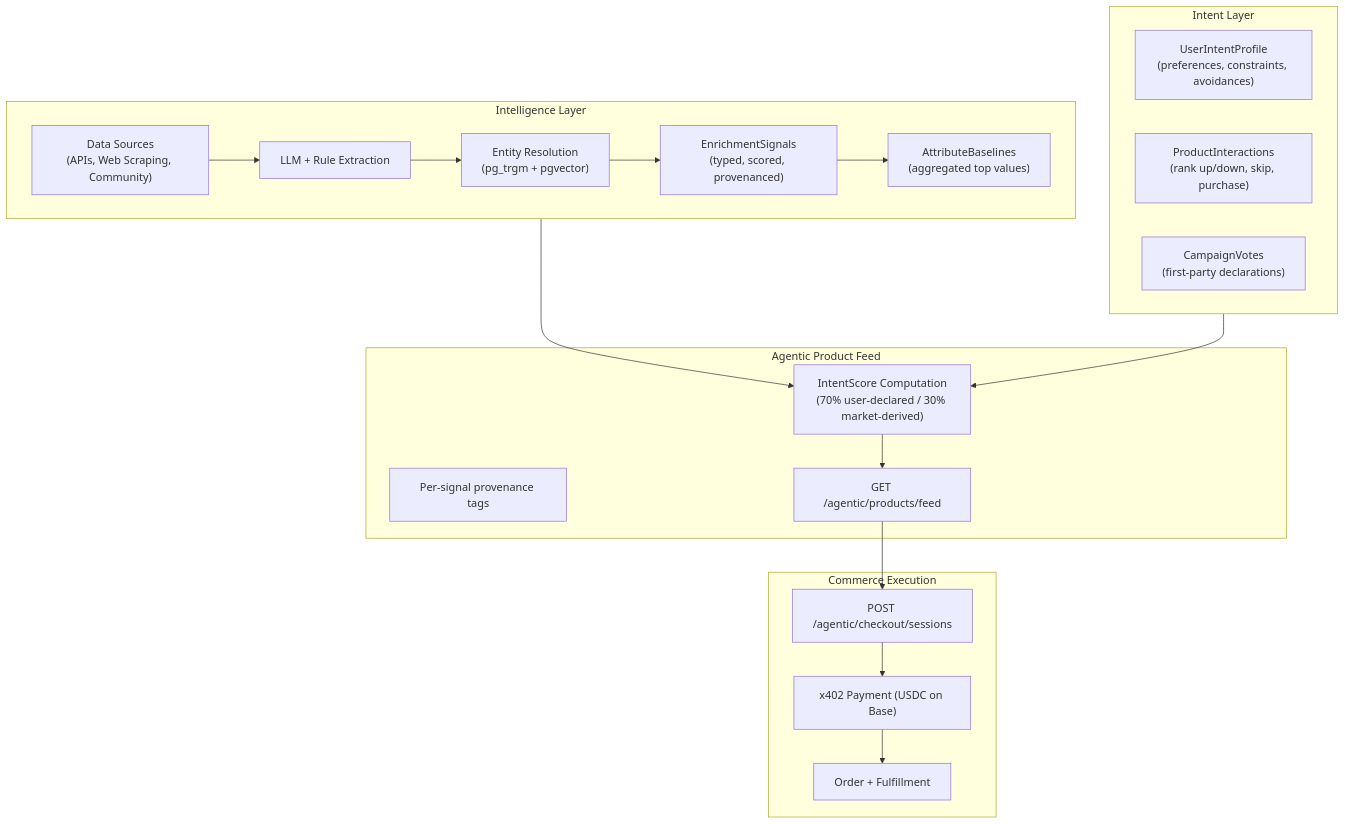
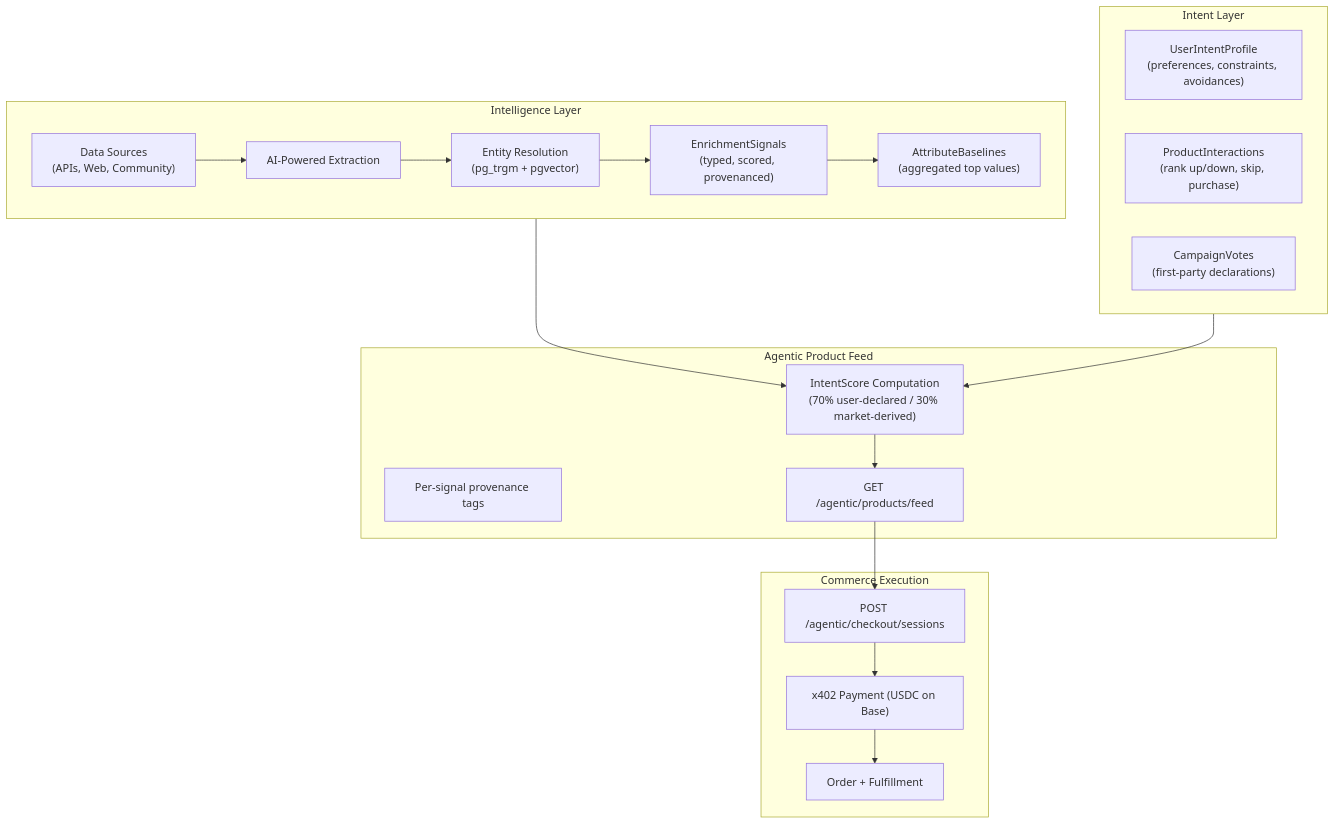
One commit to kiki-world-01/Docs changed the diagram in agentic/overview.mdx. Above: the diagram before and after it, drawn with Mermaid. The commit also changed other lines of this file and 25 other files, not shown here.

````diff
--- a/agentic/overview.mdx
+++ b/agentic/overview.mdx
@@ -20,34 +20,34 @@
 ```mermaid
 graph TB
     subgraph intelligence ["Intelligence Layer"]
-        Sources["Data Sources<br/>(APIs, Web Scraping, Community)"]
-        Extract["LLM + Rule Extraction"]
+        Sources["Data Sources<br/>(APIs, Web, Community)"]
+        Extract["AI-Powered Extraction"]
         Resolve["Entity Resolution<br/>(pg_trgm + pgvector)"]
         Signals["EnrichmentSignals<br/>(typed, scored, provenanced)"]
         Baselines["AttributeBaselines<br/>(aggregated top values)"]
         Sources --> Extract --> Resolve --> Signals --> Baselines
     end
 
     subgraph intent ["Intent Layer"]
         Profile["UserIntentProfile<br/>(preferences, constraints, avoidances)"]
         Interactions["ProductInteractions<br/>(rank up/down, skip, purchase)"]
         Campaigns["CampaignVotes<br/>(first-party declarations)"]
     end
 
     subgraph feed ["Agentic Product Feed"]
         Score["IntentScore Computation<br/>(70% user-declared / 30% market-derived)"]
         Provenance["Per-signal provenance tags"]
         Feed["GET /agentic/products/feed"]
     end
 
     subgraph commerce ["Commerce Execution"]
         Checkout["POST /agentic/checkout/sessions"]
         x402["x402 Payment (USDC on Base)"]
         Order["Order + Fulfillment"]
     end
 
     intelligence --> Score
     intent --> Score
     Score --> Feed
     Feed --> Checkout --> x402 --> Order
 ```
````
